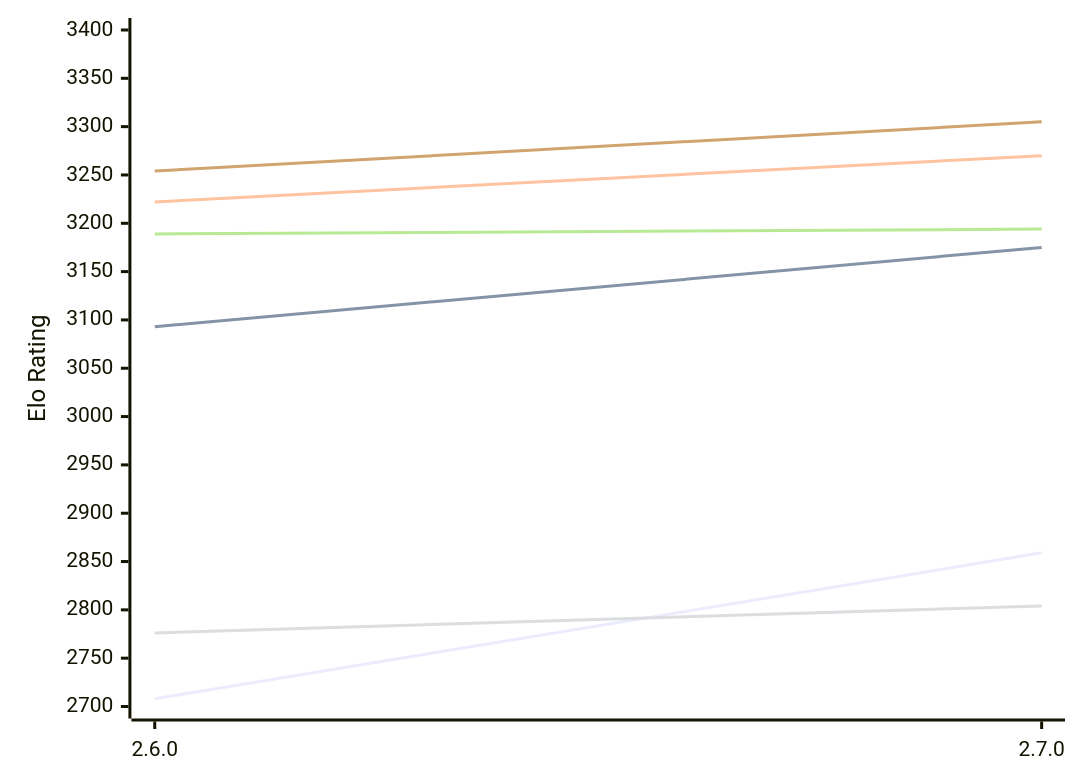
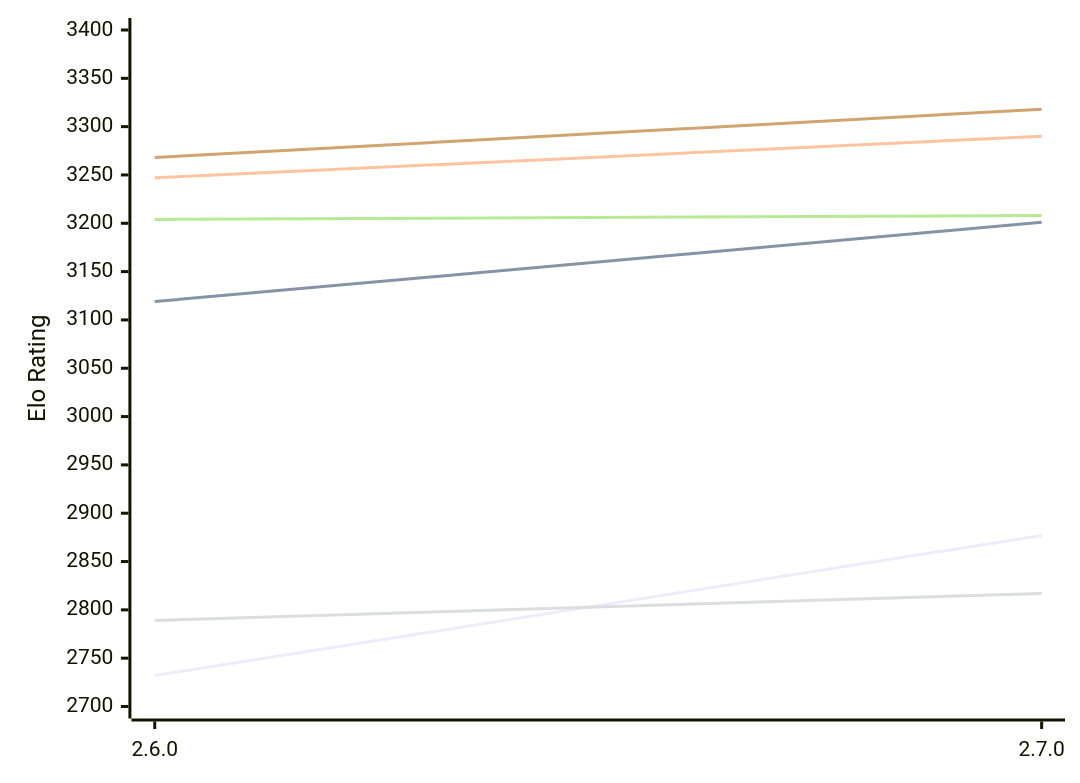
Before and after one commit to computer-chess-index/cci: the first of 2 diagrams in engines/Sturddle2.md, drawn with Mermaid. The commit also changed other lines of this file, not shown here.

Commit message:
Update CCI Ratings (ELO VLTC) - 2026-10-24

````diff
--- a/engines/Sturddle2.md
+++ b/engines/Sturddle2.md
@@ -51,12 +51,12 @@
 ```mermaid
 %%{init: {"theme":"base","themeVariables":{"seriesColors:['#a3a3a3','#222221','#faa371']}}}%%
 xychart-beta
   x-axis ["2.6.0", "2.7.0"]
   y-axis "Elo Rating" 2700 --> 3400
-  line "E1: STC (8.0+0.08s)" [2708, 2859]
-  line "E1: LTC (60.0+0.60s)" [3093, 3175]
-  line "E1: VLTC (2m24s+1.12s)" [3222, 3270]
-  line "P1: STC (8.0+0.08s)" [2776, 2804]
-  line "P1: LTC (60.0+0.60s)" [3189, 3194]
-  line "P1: VLTC (2m24s+1.12s)" [3254, 3305]
+  line "E1: STC (8.0+0.08s)" [2732, 2877]
+  line "E1: LTC (60.0+0.60s)" [3119, 3201]
+  line "E1: VLTC (2m24s+1.12s)" [3247, 3290]
+  line "P1: STC (8.0+0.08s)" [2789, 2817]
+  line "P1: LTC (60.0+0.60s)" [3204, 3208]
+  line "P1: VLTC (2m24s+1.12s)" [3268, 3318]
 ```
````
